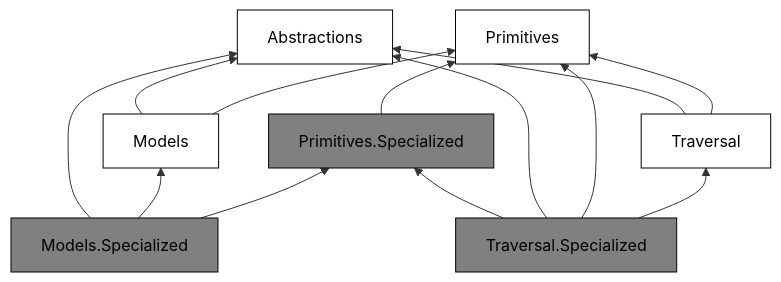
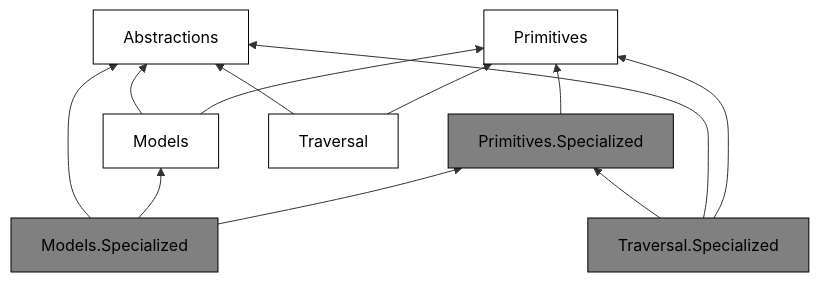
One commit to qbit86/arborescence changed the diagram in README.md. Above: the diagram before and after it, drawn with Mermaid. The commit also changed 2 other files, not shown here.

Commit message:
[Traversal] Document the traversal dependency inversion
Update the changelog and the dependency diagrams for Arborescence.Traversal.Internal.

````diff
--- a/README.md
+++ b/README.md
@@ -23,27 +23,26 @@
 ```mermaid
 flowchart BT
     Abstractions
     Primitives
     Models
     PrimitivesSpecialized["Primitives.Specialized"]
     Traversal
     ModelsSpecialized["Models.Specialized"]
     TraversalSpecialized["Traversal.Specialized"]
 
     Models --> Abstractions
     Models --> Primitives
     PrimitivesSpecialized --> Primitives
     Traversal --> Abstractions
     Traversal --> Primitives
     ModelsSpecialized --> Abstractions
     ModelsSpecialized --> Models
     ModelsSpecialized --> PrimitivesSpecialized
     TraversalSpecialized --> PrimitivesSpecialized
     TraversalSpecialized --> Abstractions
     TraversalSpecialized --> Primitives
-    TraversalSpecialized --> Traversal
 
     classDef default fill:white,stroke:black,color:black
     classDef specialized fill:grey,stroke:black,color:black
     class PrimitivesSpecialized,ModelsSpecialized,TraversalSpecialized specialized
 ```
````
